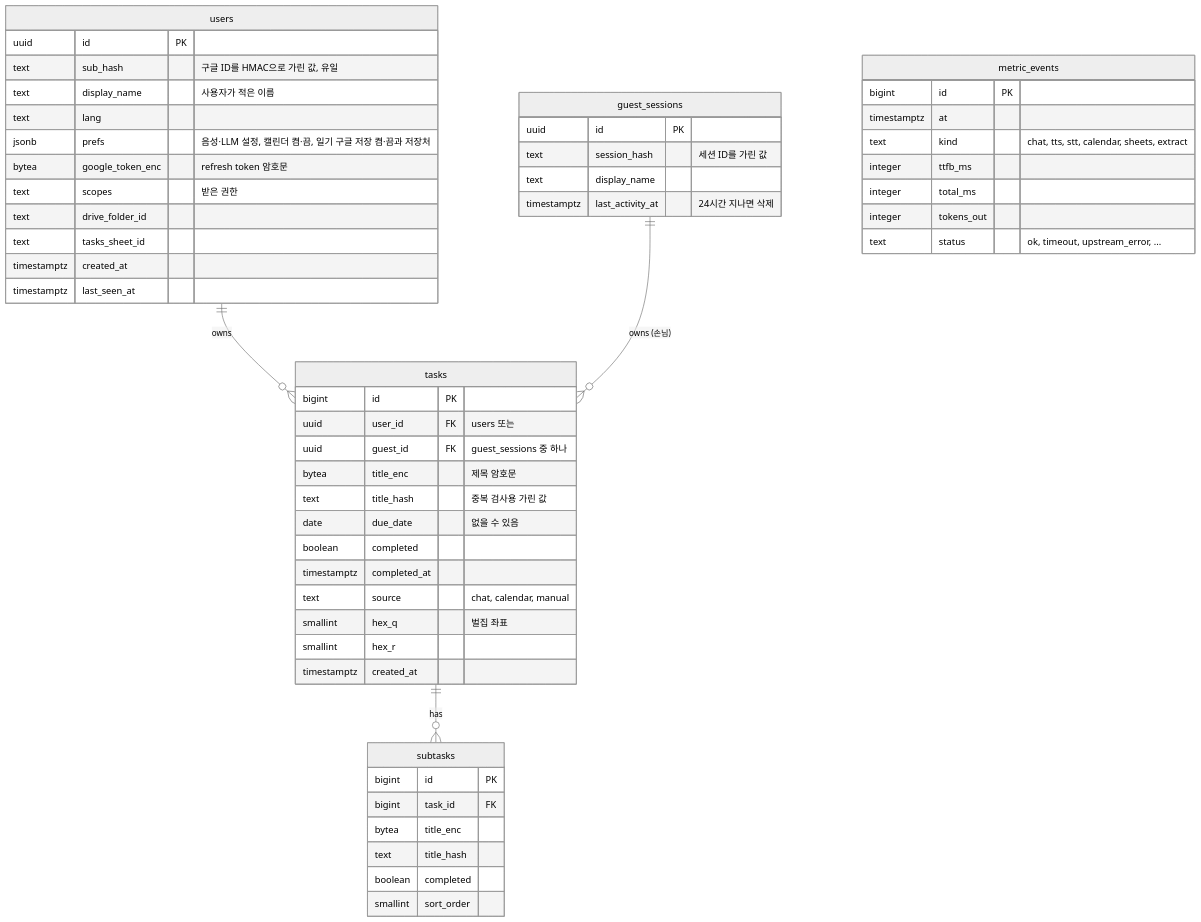
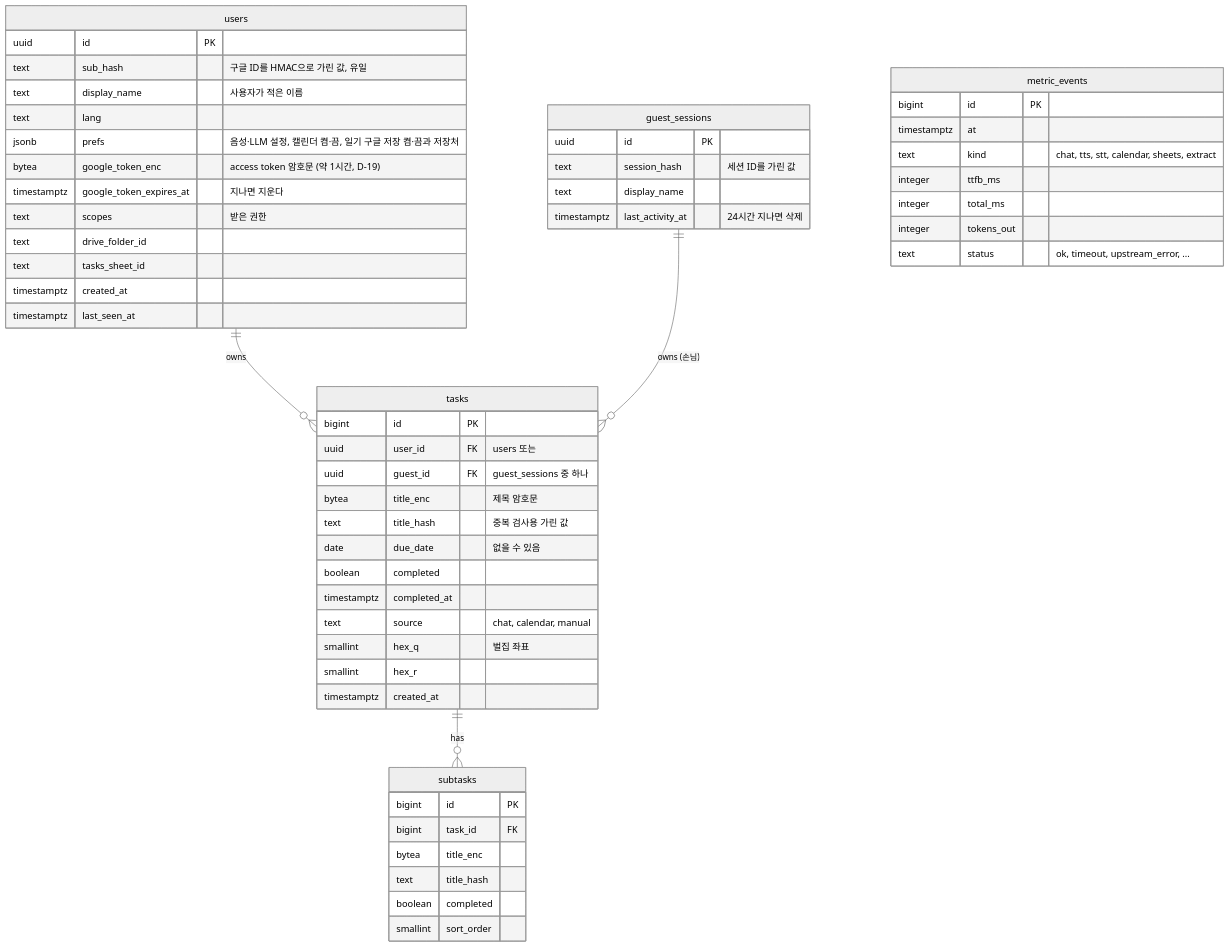
One commit to eple-lab/task-hive changed the second of 4 diagrams in docs/03-architecture.md. Above: the diagram before and after it, drawn with Mermaid (neutral theme). The commit also changed other lines of this file and 8 other files, not shown here.

````diff
--- a/docs/03-architecture.md
+++ b/docs/03-architecture.md
@@ -172,57 +175,58 @@
 ```mermaid
 erDiagram
     users ||--o{ tasks : "owns"
     guest_sessions ||--o{ tasks : "owns (손님)"
     tasks ||--o{ subtasks : "has"
 
     users {
         uuid id PK
         text sub_hash "구글 ID를 HMAC으로 가린 값, 유일"
         text display_name "사용자가 적은 이름"
         text lang
         jsonb prefs "음성·LLM 설정, 캘린더 켬·끔, 일기 구글 저장 켬·끔과 저장처"
-        bytea google_token_enc "refresh token 암호문"
+        bytea google_token_enc "access token 암호문 (약 1시간, D-19)"
+        timestamptz google_token_expires_at "지나면 지운다"
         text scopes "받은 권한"
         text drive_folder_id
         text tasks_sheet_id
         timestamptz created_at
         timestamptz last_seen_at
     }
     guest_sessions {
         uuid id PK
         text session_hash "세션 ID를 가린 값"
         text display_name
         timestamptz last_activity_at "24시간 지나면 삭제"
     }
     tasks {
         bigint id PK
         uuid user_id FK "users 또는"
         uuid guest_id FK "guest_sessions 중 하나"
         bytea title_enc "제목 암호문"
         text title_hash "중복 검사용 가린 값"
         date due_date "없을 수 있음"
         boolean completed
         timestamptz completed_at
         text source "chat, calendar, manual"
         smallint hex_q "벌집 좌표"
         smallint hex_r
         timestamptz created_at
     }
     subtasks {
         bigint id PK
         bigint task_id FK
         bytea title_enc
         text title_hash
         boolean completed
         smallint sort_order
     }
     metric_events {
         bigint id PK
         timestamptz at
         text kind "chat, tts, stt, calendar, sheets, extract"
         integer ttfb_ms
         integer total_ms
         integer tokens_out
         text status "ok, timeout, upstream_error, ..."
     }
 ```
````
